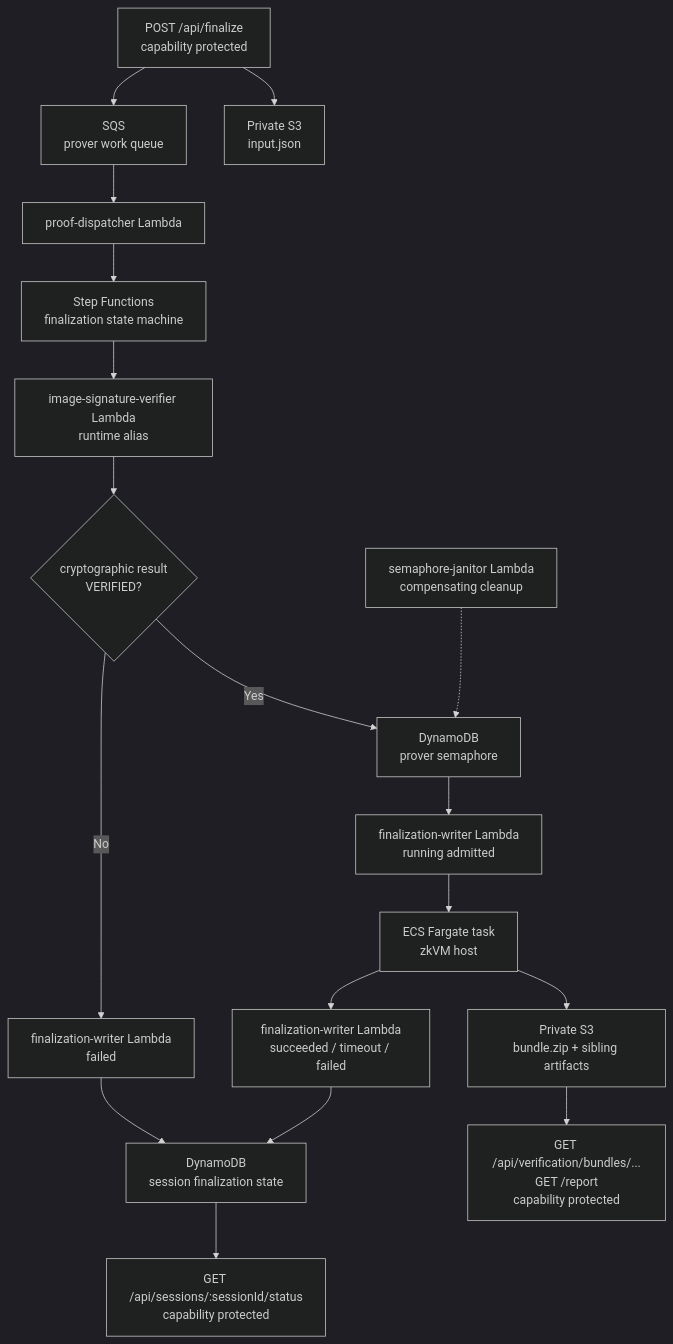
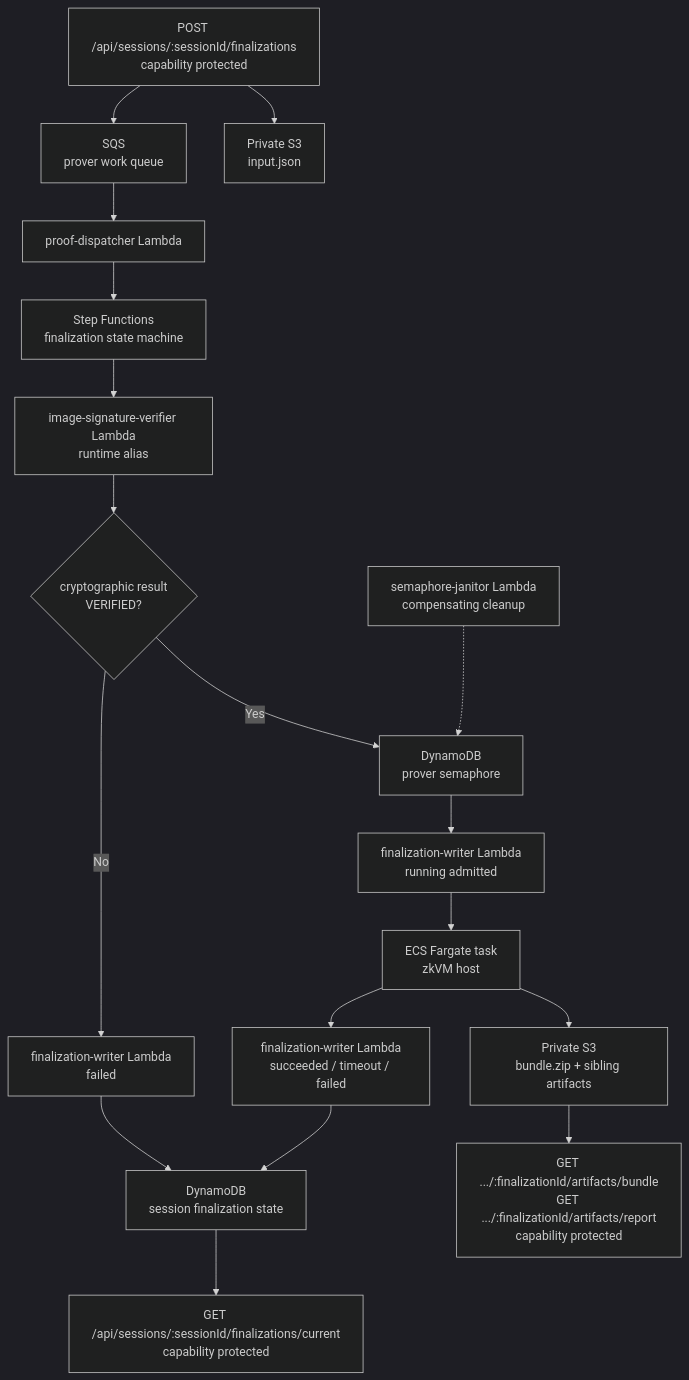
Before and after one commit to hwatanabe-jp/stark-ballot-simulator-public: the first of 3 diagrams in public-book/src/aws/async-prover.md, drawn with Mermaid (dark theme). The commit also changed other lines of this file and 1001 other files, not shown here.

````diff
--- a/public-book/src/aws/async-prover.md
+++ b/public-book/src/aws/async-prover.md
@@ -14,20 +32,20 @@
 ```mermaid
 flowchart TB
-  API["POST /api/finalize<br/>capability protected"] --> S3IN["Private S3<br/>input.json"]
+  API["POST /api/sessions/:sessionId/finalizations<br/>capability protected"] --> S3IN["Private S3<br/>input.json"]
   API --> SQS["SQS<br/>prover work queue"]
   SQS --> DISPATCH["proof-dispatcher Lambda"]
   DISPATCH --> SFN["Step Functions<br/>finalization state machine"]
   SFN --> SIG["image-signature-verifier Lambda<br/>runtime alias"]
   SIG --> CHECK{"cryptographic result<br/>VERIFIED?"}
   CHECK -->|Yes| SEM["DynamoDB<br/>prover semaphore"]
   JANITOR["semaphore-janitor Lambda<br/>compensating cleanup"] -.-> SEM
   SEM --> STARTED["finalization-writer Lambda<br/>running admitted"]
   STARTED --> ECS["ECS Fargate task<br/>zkVM host"]
   CHECK -->|No| CALLBACK_FAIL["finalization-writer Lambda<br/>failed"]
   ECS --> S3OUT["Private S3<br/>bundle.zip + sibling artifacts"]
   ECS --> CALLBACK_OK["finalization-writer Lambda<br/>succeeded / timeout / failed"]
   CALLBACK_OK --> DDB["DynamoDB<br/>session finalization state"]
   CALLBACK_FAIL --> DDB
-  DDB --> STATUS["GET /api/sessions/:sessionId/status<br/>capability protected"]
-  S3OUT --> DOWNLOAD["GET /api/verification/bundles/...<br/>GET /report<br/>capability protected"]
+  DDB --> STATUS["GET /api/sessions/:sessionId/finalizations/current<br/>capability protected"]
+  S3OUT --> DOWNLOAD["GET .../:finalizationId/artifacts/bundle<br/>GET .../:finalizationId/artifacts/report<br/>capability protected"]
 ```
````
